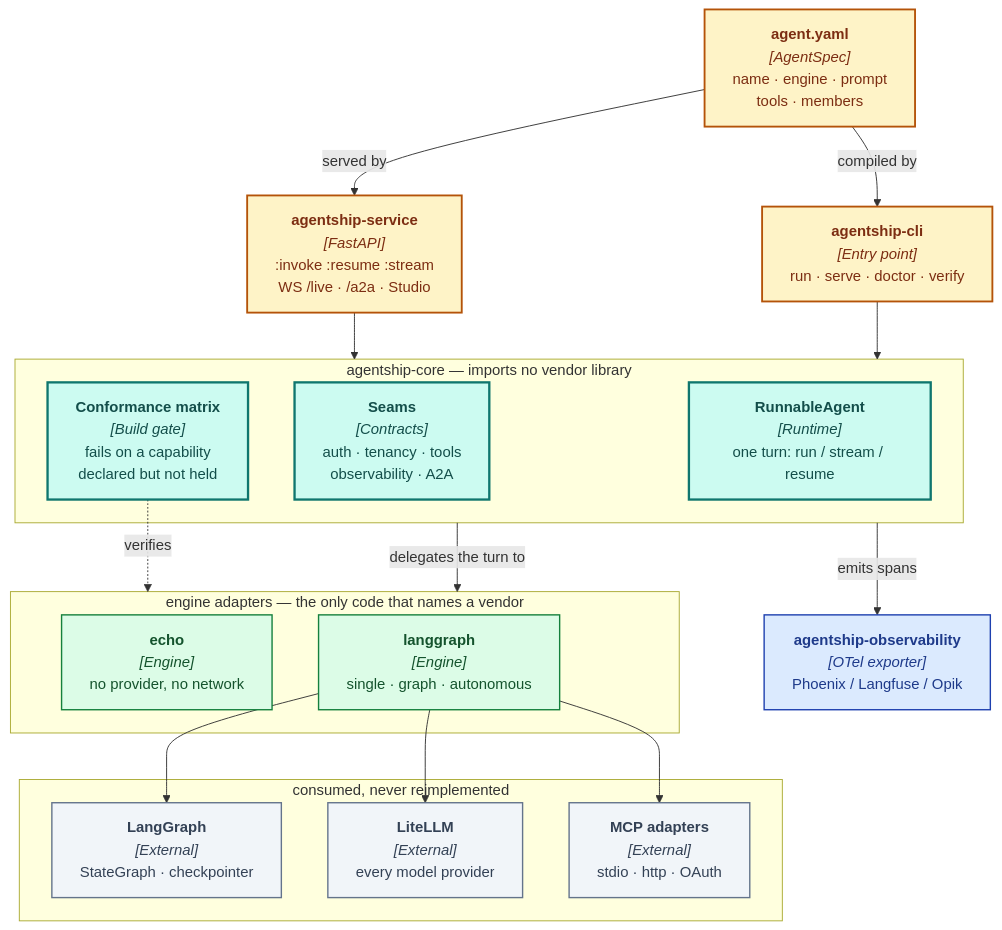
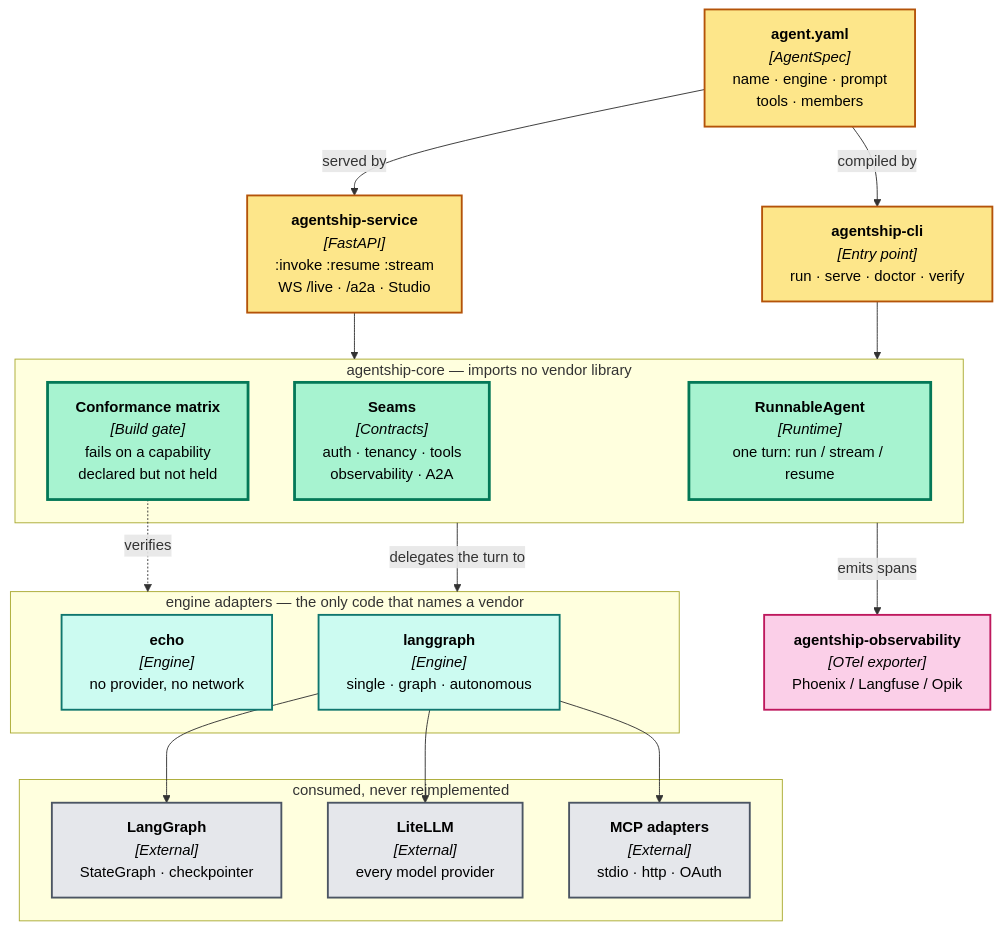
One commit to Agent-Ship/agent-ship changed the diagram in README.md. Above: the diagram before and after it, drawn with Mermaid. The commit also changed other lines of this file and 5 other files, not shown here.

````diff
--- a/README.md
+++ b/README.md
@@ -106,43 +140,44 @@
 ```mermaid
 flowchart TB
-  classDef spec    fill:#fef3c7,stroke:#b45309,stroke-width:2px,color:#7c2d12
-  classDef system  fill:#ccfbf1,stroke:#0f766e,stroke-width:2.5px,color:#134e4a
-  classDef adapter fill:#dcfce7,stroke:#15803d,stroke-width:1.5px,color:#14532d
-  classDef ext     fill:#f1f5f9,stroke:#64748b,stroke-width:1.5px,color:#334155
-  classDef obs     fill:#dbeafe,stroke:#1e40af,stroke-width:1.5px,color:#1e3a8a
+  classDef spec    fill:#FDE68A,stroke:#B45309,stroke-width:2px,color:#000000
+  classDef system  fill:#A7F3D0,stroke:#047857,stroke-width:3px,color:#000000
+  classDef adapter fill:#CCFBF1,stroke:#0F766E,stroke-width:2px,color:#000000
+  classDef ext     fill:#E5E7EB,stroke:#4B5563,stroke-width:2px,color:#000000
+  classDef obs     fill:#FBCFE8,stroke:#BE185D,stroke-width:2px,color:#000000
+  classDef voice   fill:#DDD6FE,stroke:#6D28D9,stroke-width:2px,color:#000000
 
   SPEC["<b>agent.yaml</b><br/><i>[AgentSpec]</i><br/>name · engine · prompt<br/>tools · members"]:::spec
 
   CLI["<b>agentship-cli</b><br/><i>[Entry point]</i><br/>run · serve · doctor · verify"]:::spec
   SVC["<b>agentship-service</b><br/><i>[FastAPI]</i><br/>:invoke :resume :stream<br/>WS /live · /a2a · Studio"]:::spec
 
   subgraph CORE["agentship-core — imports no vendor library"]
     RT["<b>RunnableAgent</b><br/><i>[Runtime]</i><br/>one turn: run / stream / resume"]:::system
     SEAM["<b>Seams</b><br/><i>[Contracts]</i><br/>auth · tenancy · tools<br/>observability · A2A"]:::system
     CONF["<b>Conformance matrix</b><br/><i>[Build gate]</i><br/>fails on a capability<br/>declared but not held"]:::system
   end
 
   subgraph ENG["engine adapters — the only code that names a vendor"]
     ECHO["<b>echo</b><br/><i>[Engine]</i><br/>no provider, no network"]:::adapter
     LG["<b>langgraph</b><br/><i>[Engine]</i><br/>single · graph · autonomous"]:::adapter
   end
 
   subgraph EXT["consumed, never reimplemented"]
     X1["<b>LangGraph</b><br/><i>[External]</i><br/>StateGraph · checkpointer"]:::ext
     X2["<b>LiteLLM</b><br/><i>[External]</i><br/>every model provider"]:::ext
     X3["<b>MCP adapters</b><br/><i>[External]</i><br/>stdio · http · OAuth"]:::ext
   end
 
   OBS["<b>agentship-observability</b><br/><i>[OTel exporter]</i><br/>Phoenix / Langfuse / Opik"]:::obs
 
   SPEC -->|compiled by| CLI
   SPEC -->|served by| SVC
   CLI --> CORE
   SVC --> CORE
   CORE -->|delegates the turn to| ENG
   CONF -.->|verifies| ENG
   LG --> X1
   LG --> X2
   LG --> X3
   CORE -->|emits spans| OBS
 ```
````
